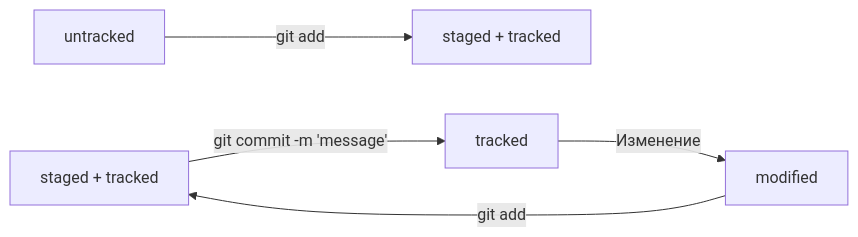
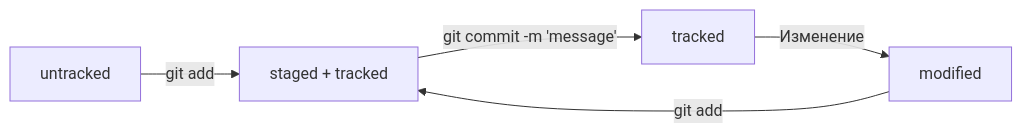
Before and after one commit to OlyaMoiseeva/serious-engineering: the third of 3 diagrams in README.md, drawn with Mermaid.

Commit message:
testing mermaid in readme file

````diff
--- a/README.md
+++ b/README.md
@@ -50,7 +50,7 @@
 ```mermaid
 graph LR;
-  untracked -- "git add" --> B["staged + tracked"];
+  untracked -- "git add" --> STGD["staged + tracked"];
   STGD["staged + tracked"] -- "git commit -m 'message'" --> tracked;
   tracked -- "Изменение" --> modified;
   modified -- "git add" --> STGD["staged + tracked"];
 ```
````
